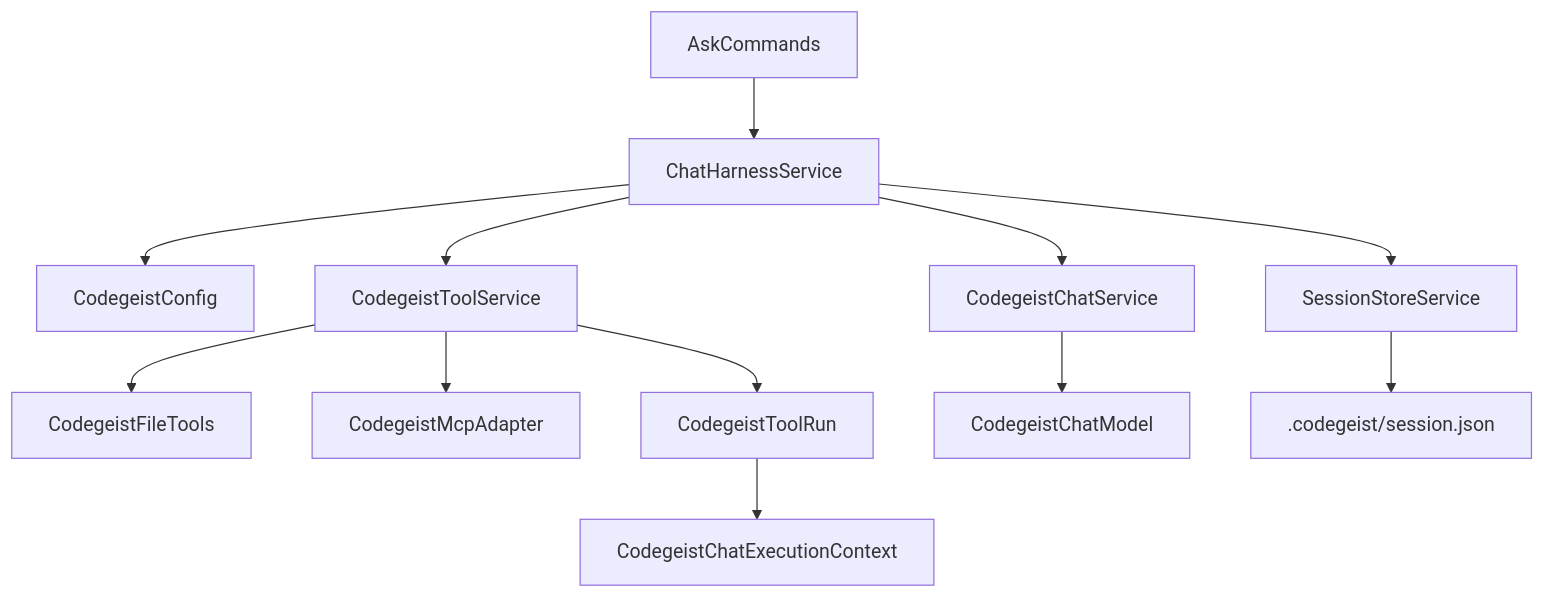
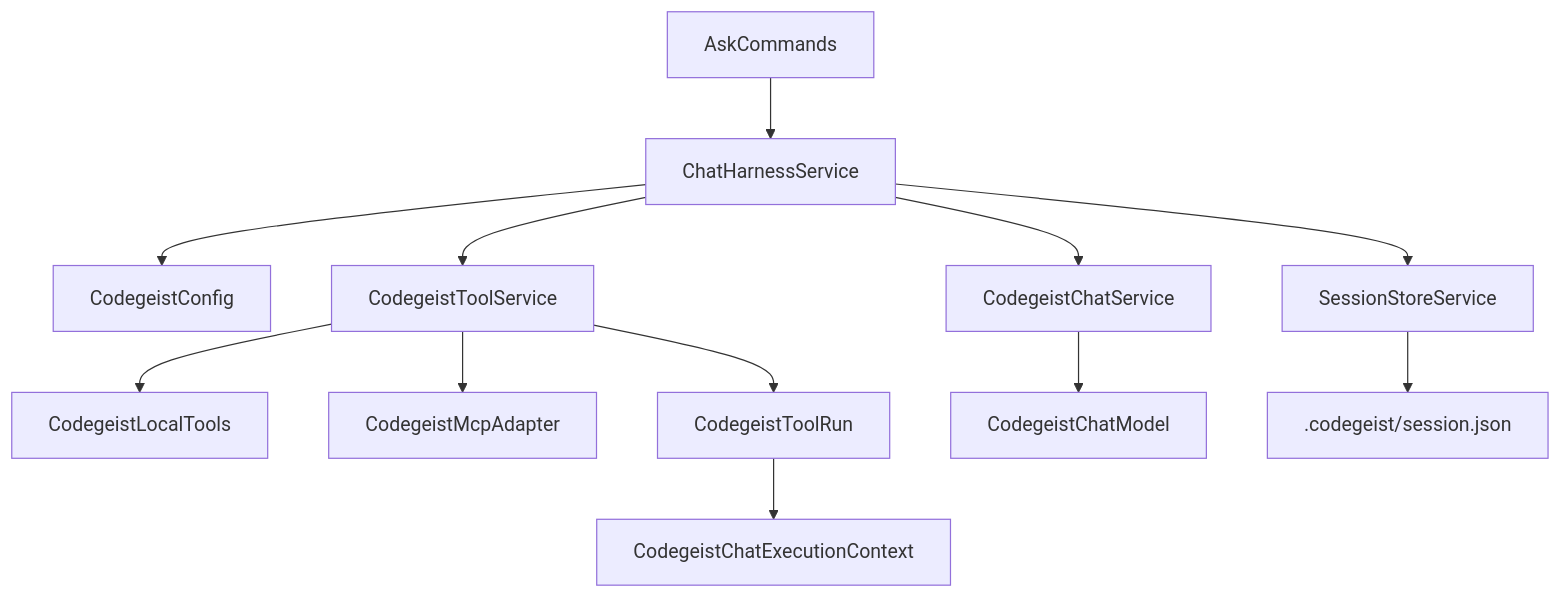
The first of 2 diagrams in docs/tasks/T007_build-codegeist-runtime-harness/mcp-and-readwrite-tools-spec.md (codegeist-ai/codegeist), drawn with Mermaid before and after one commit. The commit also changed other lines of this file and 33 other files, not shown here.

````diff
--- a/docs/tasks/T007_build-codegeist-runtime-harness/mcp-and-readwrite-tools-spec.md
+++ b/docs/tasks/T007_build-codegeist-runtime-harness/mcp-and-readwrite-tools-spec.md
@@ -131,27 +131,27 @@
 ```mermaid
 flowchart TD
     Ask[AskCommands]
     Harness[ChatHarnessService]
     Config[CodegeistConfig]
     ToolService[CodegeistToolService]
-    LocalTools[CodegeistFileTools]
+    LocalTools[CodegeistLocalTools]
     McpAdapter[CodegeistMcpAdapter]
     ToolRun[CodegeistToolRun]
     ChatContext[CodegeistChatExecutionContext]
     Chat[CodegeistChatService]
     Model[CodegeistChatModel]
     Session[SessionStoreService]
     Json[.codegeist/session.json]
 
     Ask --> Harness
     Harness --> Config
     Harness --> ToolService
     ToolService --> LocalTools
     ToolService --> McpAdapter
     ToolService --> ToolRun
     ToolRun --> ChatContext
     Harness --> Chat
     Chat --> Model
     Harness --> Session
     Session --> Json
 ```
````
